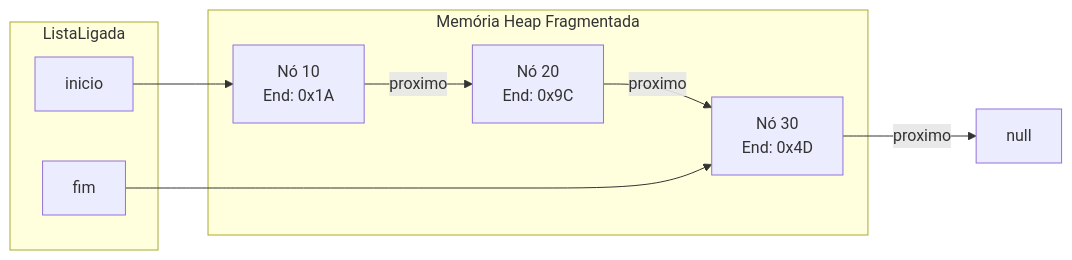
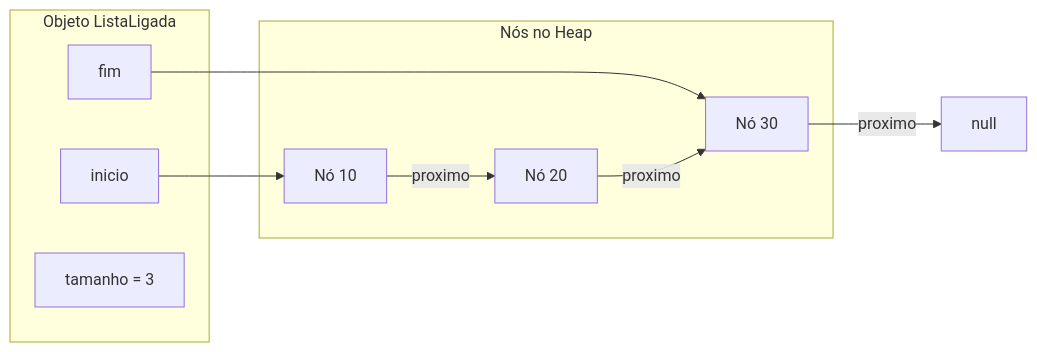
One commit to murilolol/unifef changed diagram 14 of 26 in 4º Semestre/[Prof. Wesley Soares] Estrutura de Dados I/Resumos-IA/Simulados-Comentados.md. Above: the diagram before and after it, drawn with Mermaid. The commit also changed other lines of this file and 58 other files, not shown here.

````diff
--- a/4º Semestre/[Prof. Wesley Soares] Estrutura de Dados I/Resumos-IA/Simulados-Comentados.md
+++ b/4º Semestre/[Prof. Wesley Soares] Estrutura de Dados I/Resumos-IA/Simulados-Comentados.md
@@ -972,18 +641,18 @@
 ```mermaid
 flowchart LR
-  subgraph Controladora["ListaLigada"]
-    PtrInicio["inicio"]
-    PtrFim["fim"]
-  end
-  subgraph HeapDisperso["Memória Heap Fragmentada"]
-    N1["Nó 10<br/>End: 0x1A"]
-    N2["Nó 20<br/>End: 0x9C"]
-    N3["Nó 30<br/>End: 0x4D"]
-  end
-
-  PtrInicio --> N1
-  N1 -->|"proximo"| N2
-  N2 -->|"proximo"| N3
-  PtrFim --> N3
-  N3 -->|"proximo"| NullPtr["null"]
+    subgraph Controladora["Objeto ListaLigada"]
+        pIni["inicio"]
+        pFim["fim"]
+        vTam["tamanho = 3"]
+    end
+    subgraph ElementosHeap["Nós no Heap"]
+        N1["Nó 10"]
+        N2["Nó 20"]
+        N3["Nó 30"]
+    end
+    pIni --> N1
+    pFim --> N3
+    N1 -->|"proximo"| N2
+    N2 -->|"proximo"| N3
+    N3 -->|"proximo"| Nulo["null"]
 ```
````
